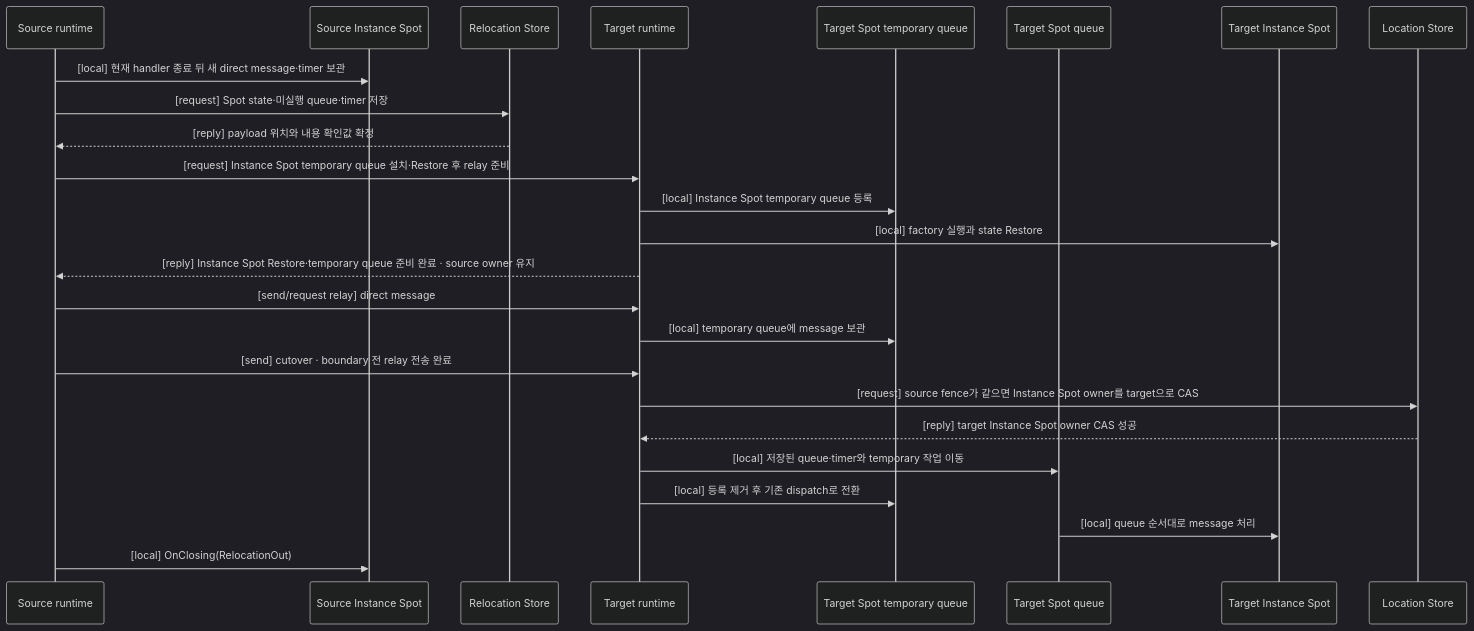
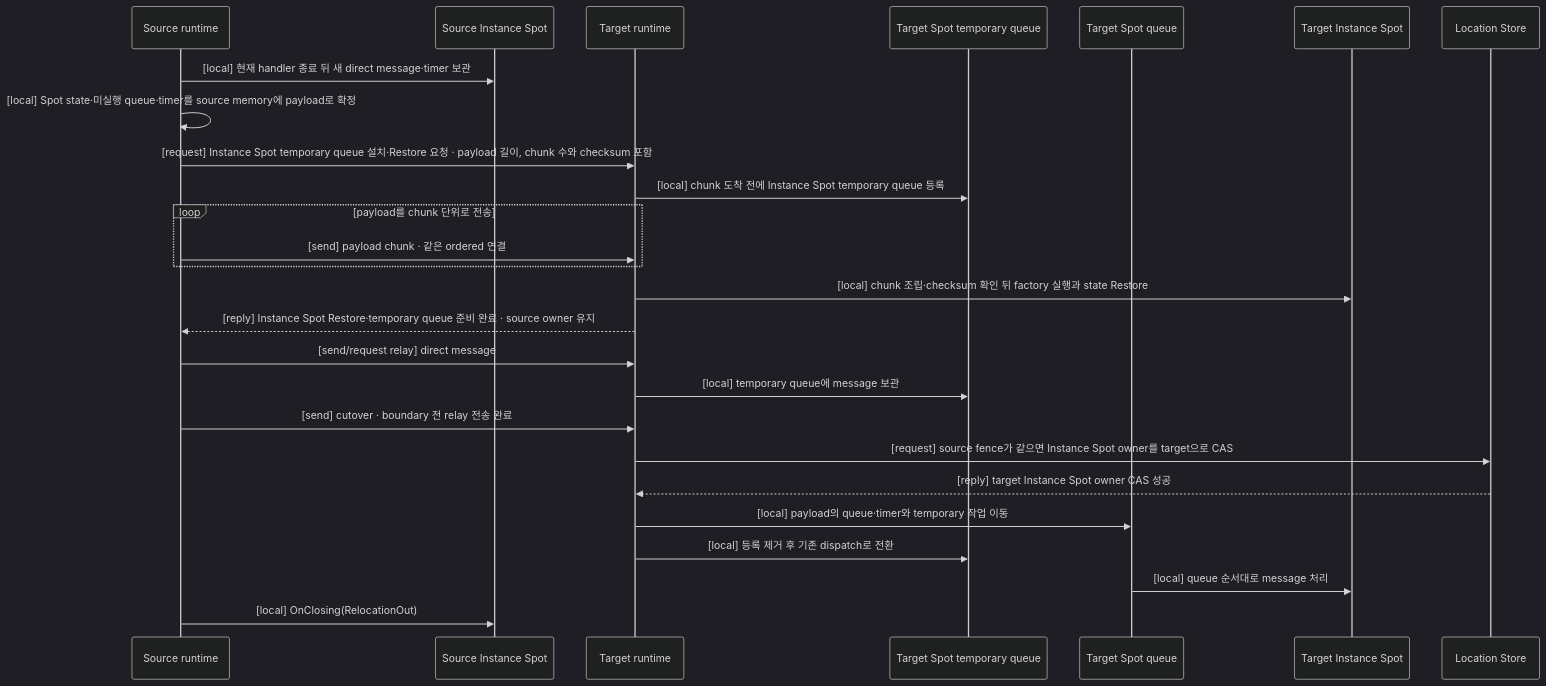
Before and after one commit to zlink-systems/zlink: the eighth of 8 diagrams in framework/doc/framework/common/spec/server/30-host-relocation-flow.ko.md, drawn with Mermaid (dark theme). The commit also changed other lines of this file and 145 other files, not shown here.

````diff
--- a/framework/doc/framework/common/spec/server/30-host-relocation-flow.ko.md
+++ b/framework/doc/framework/common/spec/server/30-host-relocation-flow.ko.md
@@ -793,28 +862,29 @@
 ```mermaid
 sequenceDiagram
     participant SourceRuntime as Source runtime
     participant SourceSpot as Source Instance Spot
-    participant RelocationStore as Relocation Store
     participant TargetRuntime as Target runtime
     participant TargetTemp as Target Spot temporary queue
     participant TargetQueue as Target Spot queue
     participant TargetSpot as Target Instance Spot
     participant LocationStore as Location Store
 
     SourceRuntime->>SourceSpot: [local] 현재 handler 종료 뒤 새 direct message·timer 보관
-    SourceRuntime->>RelocationStore: [request] Spot state·미실행 queue·timer 저장
-    RelocationStore-->>SourceRuntime: [reply] payload 위치와 내용 확인값 확정
-    SourceRuntime->>TargetRuntime: [request] Instance Spot temporary queue 설치·Restore 후 relay 준비
-    TargetRuntime->>TargetTemp: [local] Instance Spot temporary queue 등록
-    TargetRuntime->>TargetSpot: [local] factory 실행과 state Restore
+    SourceRuntime->>SourceRuntime: [local] Spot state·미실행 queue·timer를 source memory에 payload로 확정
+    SourceRuntime->>TargetRuntime: [request] Instance Spot temporary queue 설치·Restore 요청 · payload 길이, chunk 수와 checksum 포함
+    TargetRuntime->>TargetTemp: [local] chunk 도착 전에 Instance Spot temporary queue 등록
+    loop payload를 chunk 단위로 전송
+        SourceRuntime->>TargetRuntime: [send] payload chunk · 같은 ordered 연결
+    end
+    TargetRuntime->>TargetSpot: [local] chunk 조립·checksum 확인 뒤 factory 실행과 state Restore
     TargetRuntime-->>SourceRuntime: [reply] Instance Spot Restore·temporary queue 준비 완료 · source owner 유지
     SourceRuntime->>TargetRuntime: [send/request relay] direct message
     TargetRuntime->>TargetTemp: [local] temporary queue에 message 보관
     SourceRuntime->>TargetRuntime: [send] cutover · boundary 전 relay 전송 완료
     TargetRuntime->>LocationStore: [request] source fence가 같으면 Instance Spot owner를 target으로 CAS
     LocationStore-->>TargetRuntime: [reply] target Instance Spot owner CAS 성공
-    TargetRuntime->>TargetQueue: [local] 저장된 queue·timer와 temporary 작업 이동
+    TargetRuntime->>TargetQueue: [local] payload의 queue·timer와 temporary 작업 이동
     TargetRuntime->>TargetTemp: [local] 등록 제거 후 기존 dispatch로 전환
     TargetQueue->>TargetSpot: [local] queue 순서대로 message 처리
     SourceRuntime->>SourceSpot: [local] OnClosing(RelocationOut)
 ```
````
